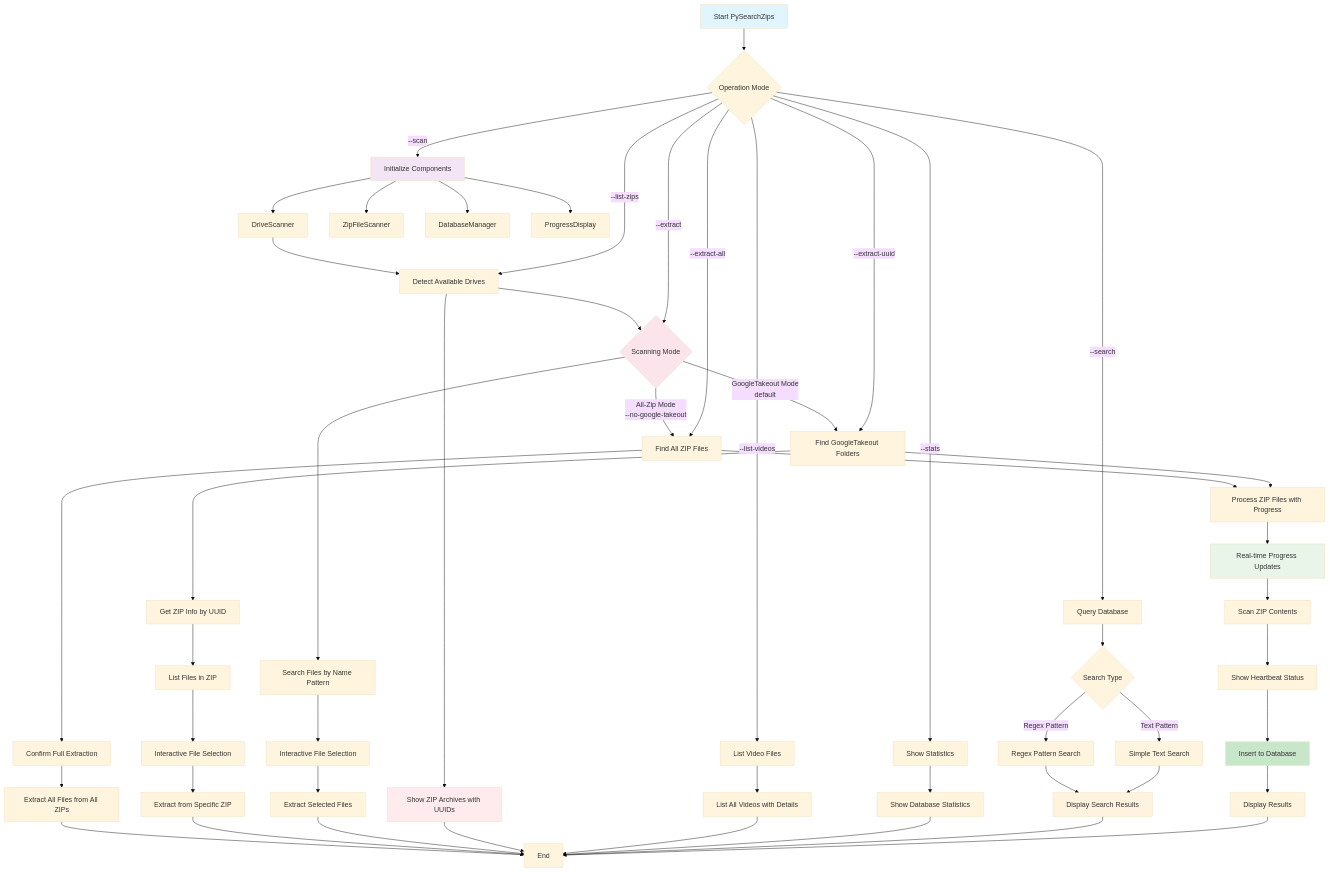
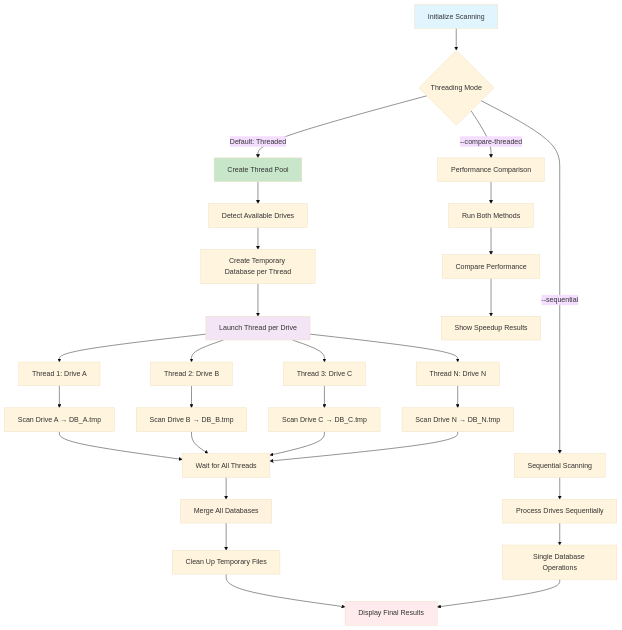
One commit to cschladetsch/PySeachZips changed the second of 5 diagrams in README.md. Above: the diagram before and after it, drawn with Mermaid (base theme). The commit also changed other lines of this file and 7 other files, not shown here.

````diff
--- a/README.md
+++ b/README.md
@@ -44,71 +77,45 @@
 ```mermaid
 flowchart TD
-    A[Start PySearchZips] --> B{Operation Mode}
+    A[Initialize Scanning] --> B{Threading Mode}
     
-    B -->|--scan| C[Initialize Components]
-    B -->|--search| D[Query Database]
-    B -->|--stats| E[Show Statistics]
-    B -->|--list-videos| F[List Video Files]
-    B -->|--list-zips| G[List ZIP Archives]
-    B -->|--extract| H[Extract Files by Name]
-    B -->|--extract-uuid| I[Extract by ZIP UUID]
-    B -->|--extract-all| J[Extract All Files]
+    B -->|Default: Threaded| C[Create Thread Pool]
+    B -->|--sequential| D[Sequential Scanning]
+    B -->|--compare-threaded| E[Performance Comparison]
     
-    C --> C1[DriveScanner]
-    C --> C2[ZipFileScanner]
-    C --> C3[DatabaseManager]
-    C --> C4[ProgressDisplay]
+    C --> F[Detect Available Drives]
+    F --> G[Create Temporary Database per Thread]
+    G --> H[Launch Thread per Drive]
     
-    C1 --> G[Detect Available Drives]
-    G --> H{Scanning Mode}
-    H -->|GoogleTakeout Mode<br/>default| I[Find GoogleTakeout Folders]
-    H -->|All-Zip Mode<br/>--no-google-takeout| J[Find All ZIP Files]
+    H --> I1[Thread 1: Drive A]
+    H --> I2[Thread 2: Drive B]
+    H --> I3[Thread 3: Drive C]
+    H --> I4[Thread N: Drive N]
     
-    I --> K[Process ZIP Files with Progress]
-    J --> K
+    I1 --> J1[Scan Drive A → DB_A.tmp]
+    I2 --> J2[Scan Drive B → DB_B.tmp]  
+    I3 --> J3[Scan Drive C → DB_C.tmp]
+    I4 --> J4[Scan Drive N → DB_N.tmp]
     
-    K --> L[Real-time Progress Updates]
-    L --> M[Scan ZIP Contents]
-    M --> N[Show Heartbeat Status]
-    N --> O[Insert to Database]
-    O --> P[Display Results]
+    J1 --> K[Wait for All Threads]
+    J2 --> K
+    J3 --> K
+    J4 --> K
     
-    D --> Q{Search Type}
-    Q -->|Text Pattern| R[Simple Text Search]
-    Q -->|Regex Pattern| S[Regex Pattern Search]
-    R --> T[Display Search Results]
-    S --> T
+    K --> L[Merge All Databases]
+    L --> M[Clean Up Temporary Files]
+    M --> N[Display Final Results]
     
-    E --> U[Show Database Statistics]
-    F --> V[List All Videos with Details]
-    G --> W[Show ZIP Archives with UUIDs]
+    D --> O[Process Drives Sequentially]
+    O --> P[Single Database Operations]
+    P --> N
     
-    H --> X[Search Files by Name Pattern]
-    X --> Y[Interactive File Selection]
-    Y --> Z[Extract Selected Files]
-    
-    I --> AA[Get ZIP Info by UUID]
-    AA --> BB[List Files in ZIP]
-    BB --> CC[Interactive File Selection]
-    CC --> DD[Extract from Specific ZIP]
-    
-    J --> EE[Confirm Full Extraction]
-    EE --> FF[Extract All Files from All ZIPs]
-    
-    P --> GG[End]
-    T --> GG
-    U --> GG
-    V --> GG
-    W --> GG
-    Z --> GG
-    DD --> GG
-    FF --> GG
+    E --> Q[Run Both Methods]
+    Q --> R[Compare Performance]
+    R --> S[Show Speedup Results]
     
     style A fill:#e1f5fe
-    style C fill:#f3e5f5
-    style O fill:#c8e6c9
-    style T fill:#fff3e0
-    style W fill:#ffebee
-    style H fill:#fce4ec
-    style L fill:#e8f5e8
+    style C fill:#c8e6c9
+    style H fill:#f3e5f5
+    style L fill:#fff3e0
+    style N fill:#ffebee
 ```
````
